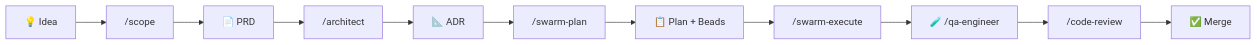
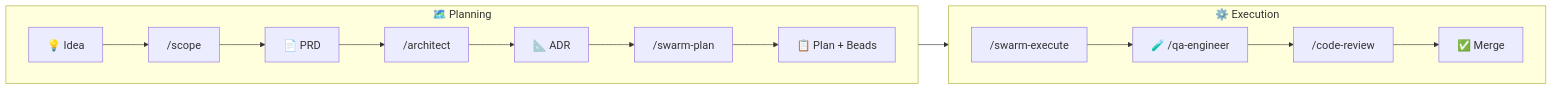
Before and after one commit to nguyenhuuca/assessment: the diagram in docs/flow-scope-to-implement.md, drawn with Mermaid. The commit also changed 1 other file, not shown here.

Commit message:
docs: enlarge flow diagram with subgraphs and larger font size
- Split into Planning and Execution subgraphs for better readability
- Increase font size to 18px via mermaid init config
- Apply to both EN and VI versions

````diff
--- a/docs/flow-scope-to-implement.md
+++ b/docs/flow-scope-to-implement.md
@@ -9,13 +9,22 @@
 ```mermaid
-graph LR
-    A["💡 Idea"] --> B["/scope"]
-    B --> C["📄 PRD"]
-    C --> D["/architect"]
-    D --> E["📐 ADR"]
-    E --> F["/swarm-plan"]
-    F --> G["📋 Plan + Beads"]
-    G --> H["/swarm-execute"]
-    H --> I["🧪 /qa-engineer"]
-    I --> J["/code-review"]
-    J --> K["✅ Merge"]
+%%{init: {'theme': 'default', 'themeVariables': {'fontSize': '18px'}}}%%
+flowchart LR
+    subgraph plan ["🗺️ Planning"]
+        direction LR
+        A["💡 Idea"] --> B["/scope"]
+        B --> C["📄 PRD"]
+        C --> D["/architect"]
+        D --> E["📐 ADR"]
+        E --> F["/swarm-plan"]
+        F --> G["📋 Plan + Beads"]
+    end
+
+    subgraph exec ["⚙️ Execution"]
+        direction LR
+        H["/swarm-execute"] --> I["🧪 /qa-engineer"]
+        I --> J["/code-review"]
+        J --> K["✅ Merge"]
+    end
+
+    G --> H
 ```
````
